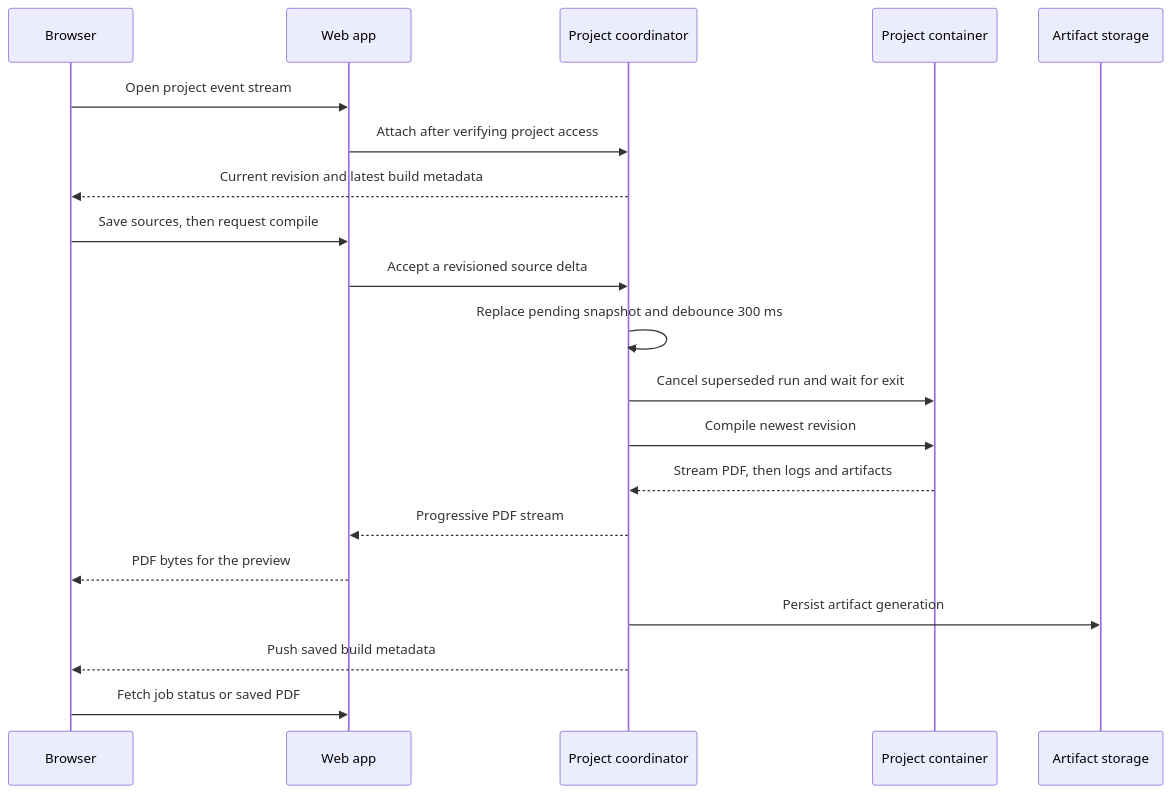
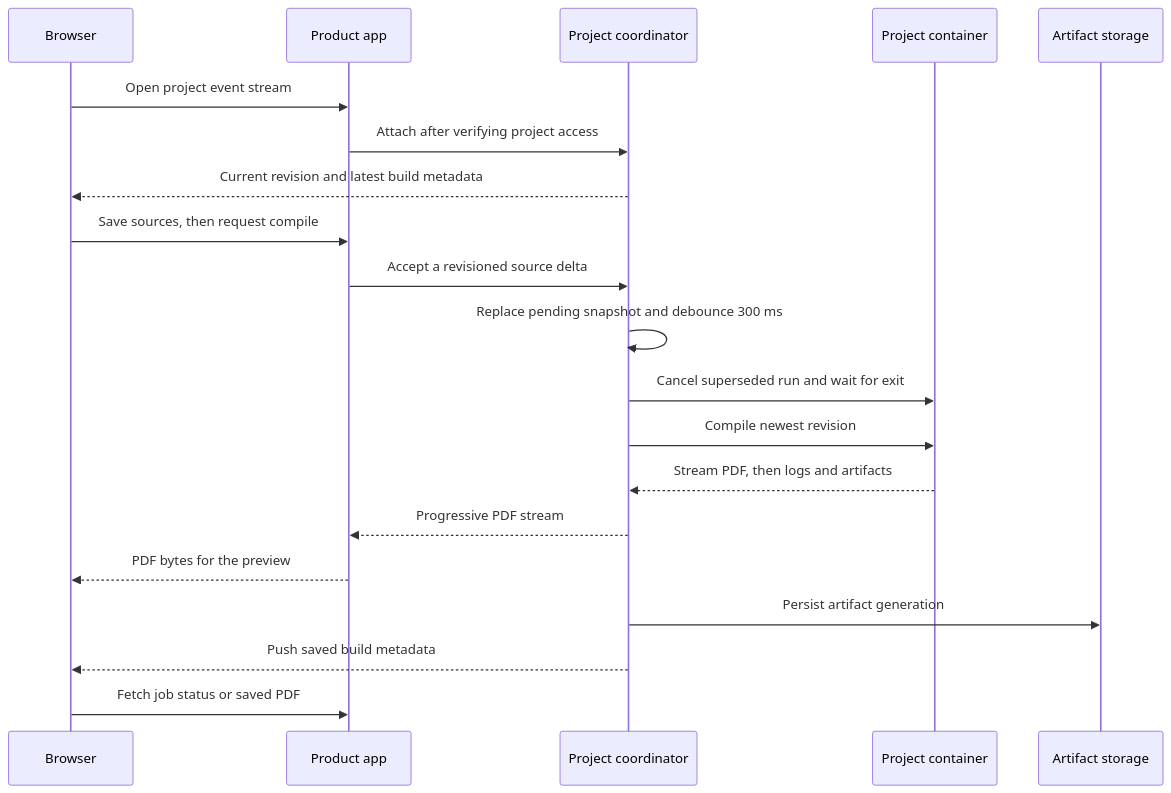
Before and after one commit to texfolia/texfolia: the second of 2 diagrams in README.md, drawn with Mermaid. The commit also changed other lines of this file and 482 other files, not shown here.

First line of the commit message:
refactor: split product app and marketing site into apps/app and apps/web (#100)

````diff
--- a/README.md
+++ b/README.md
@@ -71,23 +75,23 @@
 ```mermaid
 sequenceDiagram
     participant B as Browser
-    participant W as Web app
+    participant W as Product app
     participant P as Project coordinator
     participant T as Project container
     participant R as Artifact storage
 
     B->>W: Open project event stream
     W->>P: Attach after verifying project access
     P-->>B: Current revision and latest build metadata
     B->>W: Save sources, then request compile
     W->>P: Accept a revisioned source delta
     P->>P: Replace pending snapshot and debounce 300 ms
     P->>T: Cancel superseded run and wait for exit
     P->>T: Compile newest revision
     T-->>P: Stream PDF, then logs and artifacts
     P-->>W: Progressive PDF stream
     W-->>B: PDF bytes for the preview
     P->>R: Persist artifact generation
     P-->>B: Push saved build metadata
     B->>W: Fetch job status or saved PDF
 ```
````
